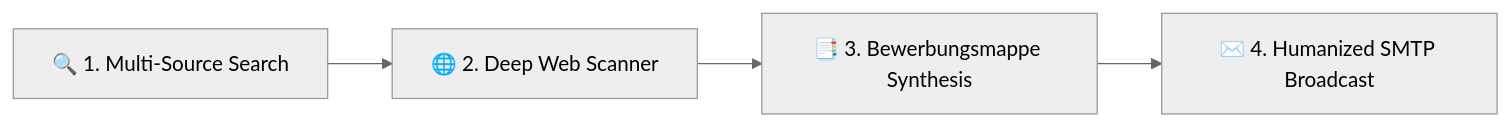
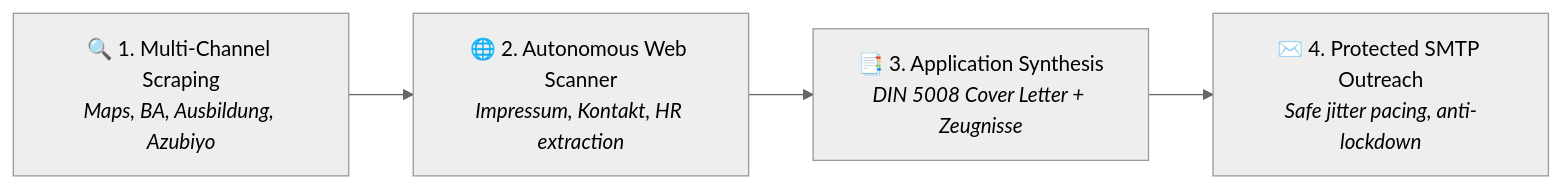
The diagram in README.md (F0WHB/Zugzwang), drawn with Mermaid (neutral theme) before and after one commit. The commit also changed other lines of this file, not shown here.

````diff
--- a/README.md
+++ b/README.md
@@ -39,6 +47,6 @@
 ```mermaid
-graph LR
-    A[🔍 1. Multi-Source Search] --> B[🌐 2. Deep Web Scanner]
-    B --> C[📑 3. Bewerbungsmappe Synthesis]
-    C --> D[✉️ 4. Humanized SMTP Broadcast]
+flowchart LR
+    A[🔍 1. Multi-Channel Scraping<br/><i>Maps, BA, Ausbildung, Azubiyo</i>] --> B[🌐 2. Autonomous Web Scanner<br/><i>Impressum, Kontakt, HR extraction</i>]
+    B --> C[📑 3. Application Synthesis<br/><i>DIN 5008 Cover Letter + Zeugnisse</i>]
+    C --> D[✉️ 4. Protected SMTP Outreach<br/><i>Safe jitter pacing, anti-lockdown</i>]
 ```
````
